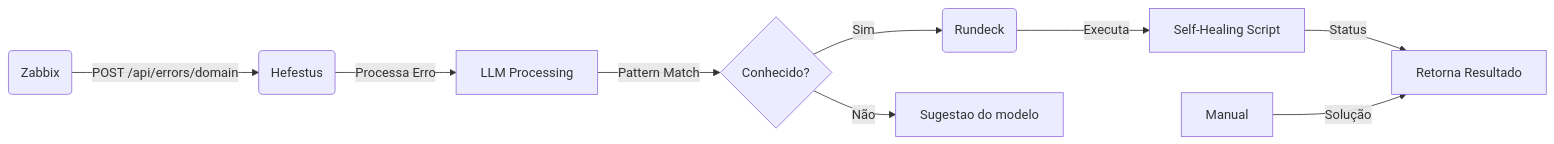
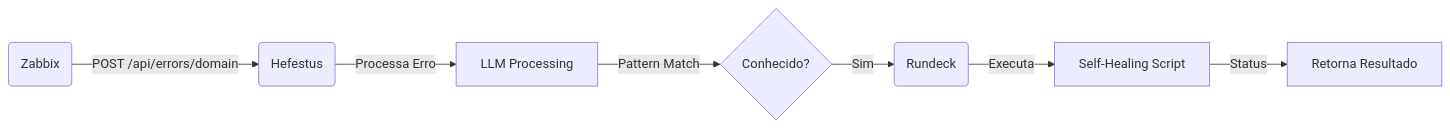
The diagram in README.md (manthysbr/hefestus), drawn with Mermaid before and after one commit.

Commit message:
Remove model-based suggestion label from flowchart in README.md for clarity

````diff
--- a/README.md
+++ b/README.md
@@ -37,11 +37,9 @@
 ```mermaid
 graph LR
     Zabbix(Zabbix) --> |POST /api/errors/domain| Hefestus(Hefestus)
     Hefestus --> |Processa Erro| LLM[LLM Processing]
     LLM --> |Pattern Match| Decision{Conhecido?}
     Decision --> |Sim| Rundeck(Rundeck)
     Rundeck --> |Executa| Healing[Self-Healing Script]
-    Decision --> |Não| Model-based-suggestion[Sugestao do modelo]
     Healing --> |Status| Response[Retorna Resultado]
-    Manual --> |Solução| Response
 ```
````
